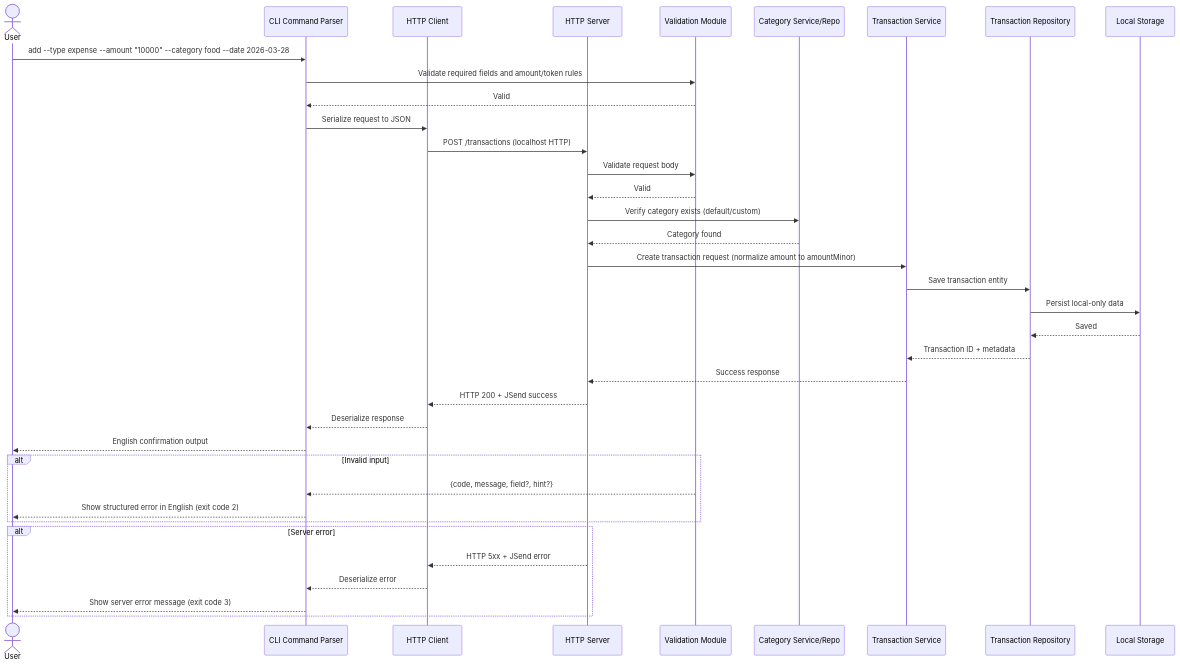
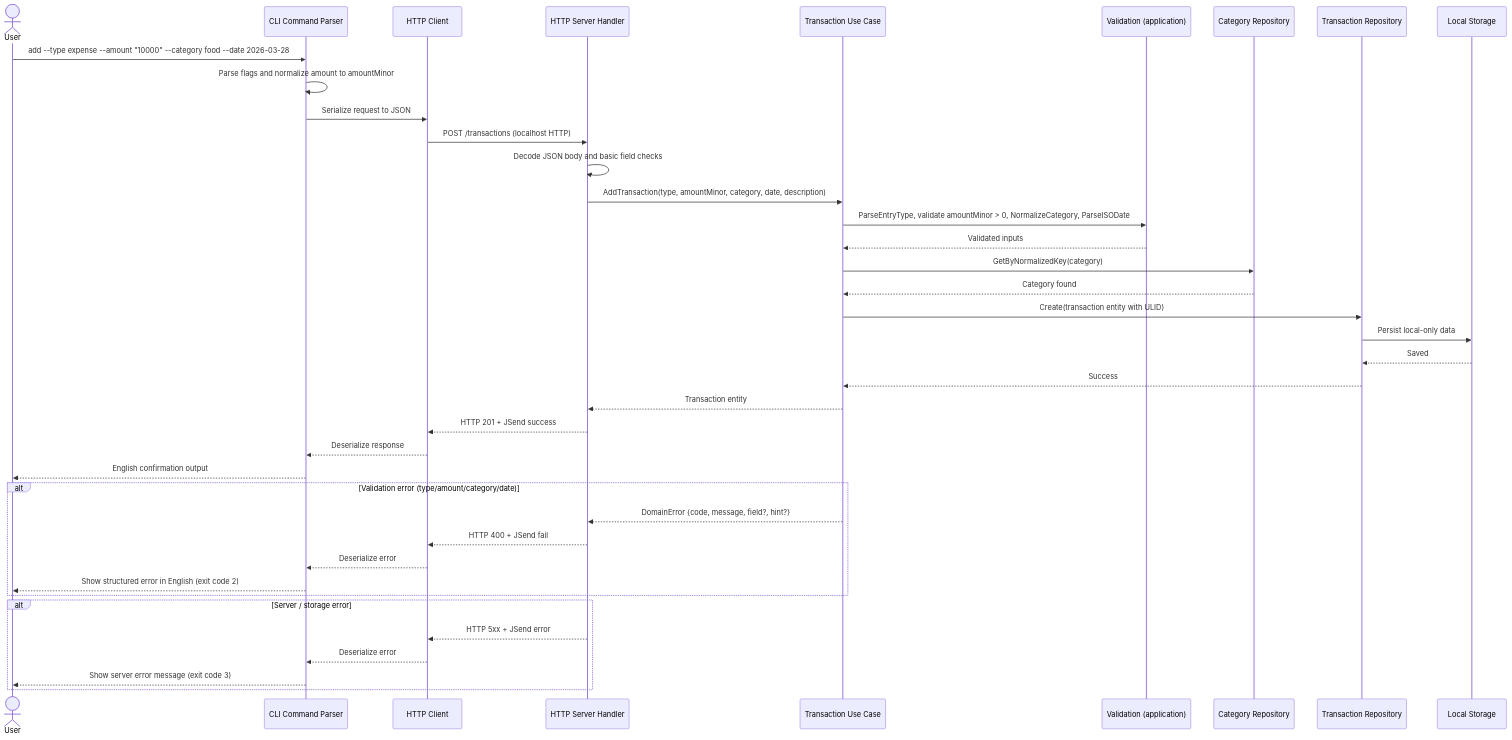
Before and after one commit to handiism/infinita: the diagram in docs/diagrams/trd/001-trd-sequence-add-transaction.mmd, drawn with Mermaid. The commit also changed 29 other files, not shown here.

```diff
--- a/docs/diagrams/trd/001-trd-sequence-add-transaction.mmd
+++ b/docs/diagrams/trd/001-trd-sequence-add-transaction.mmd
@@ -1,44 +1,48 @@
 sequenceDiagram
     actor User
     participant CLI as CLI Command Parser
     participant CLIENT as HTTP Client
-    participant SERVER as HTTP Server
-    participant VAL as Validation Module
-    participant CAT as Category Service/Repo
-    participant TX as Transaction Service
+    participant SERVER as HTTP Server Handler
+    participant UC as Transaction Use Case
+    participant VAL as Validation (application)
+    participant CREPO as Category Repository
     participant TREPO as Transaction Repository
     participant STORE as Local Storage
 
     User->>CLI: add --type expense --amount "10000" --category food --date 2026-03-28
-    CLI->>VAL: Validate required fields and amount/token rules
-    VAL-->>CLI: Valid
+    CLI->>CLI: Parse flags and normalize amount to amountMinor
 
     CLI->>CLIENT: Serialize request to JSON
     CLIENT->>SERVER: POST /transactions (localhost HTTP)
-    
-    SERVER->>VAL: Validate request body
-    VAL-->>SERVER: Valid
 
-    SERVER->>CAT: Verify category exists (default/custom)
-    CAT-->>SERVER: Category found
+    SERVER->>SERVER: Decode JSON body and basic field checks
+    SERVER->>UC: AddTransaction(type, amountMinor, category, date, description)
 
-    SERVER->>TX: Create transaction request (normalize amount to amountMinor)
-    TX->>TREPO: Save transaction entity
+    UC->>VAL: ParseEntryType, validate amountMinor > 0, NormalizeCategory, ParseISODate
+    VAL-->>UC: Validated inputs
+
+    UC->>CREPO: GetByNormalizedKey(category)
+    CREPO-->>UC: Category found
+
+    UC->>TREPO: Create(transaction entity with ULID)
     TREPO->>STORE: Persist local-only data
     STORE-->>TREPO: Saved
-    TREPO-->>TX: Transaction ID + metadata
-    TX-->>SERVER: Success response
-    SERVER-->>CLIENT: HTTP 200 + JSend success
+    TREPO-->>UC: Success
+
+    UC-->>SERVER: Transaction entity
+    SERVER-->>CLIENT: HTTP 201 + JSend success
     CLIENT-->>CLI: Deserialize response
     CLI-->>User: English confirmation output
 
-    alt Invalid input
-        VAL-->>CLI: {code, message, field?, hint?}
+    alt Validation error (type/amount/category/date)
+        UC-->>SERVER: DomainError {code, message, field?, hint?}
+        SERVER-->>CLIENT: HTTP 400 + JSend fail
+        CLIENT-->>CLI: Deserialize error
         CLI-->>User: Show structured error in English (exit code 2)
     end
 
-    alt Server error
+    alt Server / storage error
         SERVER-->>CLIENT: HTTP 5xx + JSend error
         CLIENT-->>CLI: Deserialize error
         CLI-->>User: Show server error message (exit code 3)
     end
```
